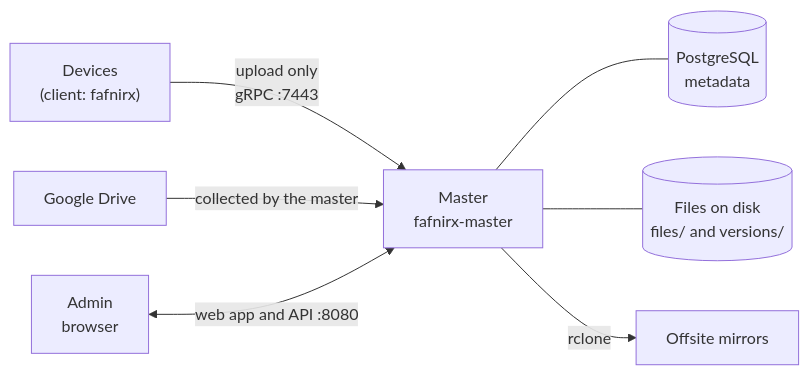
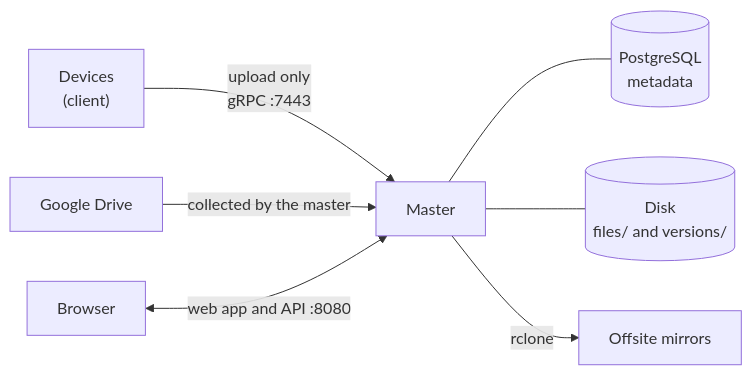
The diagram in docs/overview.md (jameelhamdan/fafnirx), drawn with Mermaid before and after one commit. The commit also changed other lines of this file and 93 other files, not shown here.

````diff
--- a/docs/overview.md
+++ b/docs/overview.md
@@ -10,9 +7,9 @@
 ```mermaid
 flowchart LR
-    D["Devices<br/>(client: fafnirx)"] -->|"upload only<br/>gRPC :7443"| M["Master<br/>fafnirx-master"]
+    D["Devices<br/>(client)"] -->|"upload only<br/>gRPC :7443"| M["Master"]
     G["Google Drive"] -->|"collected by the master"| M
-    A["Admin<br/>browser"] <-->|"web app and API :8080"| M
+    A["Browser"] <-->|"web app and API :8080"| M
     M --- PG[("PostgreSQL<br/>metadata")]
-    M --- FS[("Files on disk<br/>files/ and versions/")]
+    M --- FS[("Disk<br/>files/ and versions/")]
     M -->|"rclone"| O["Offsite mirrors"]
 ```
````
